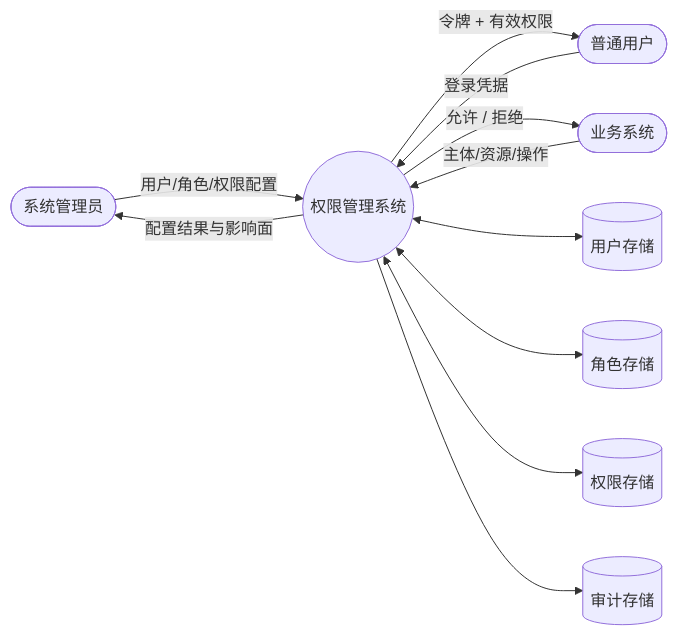
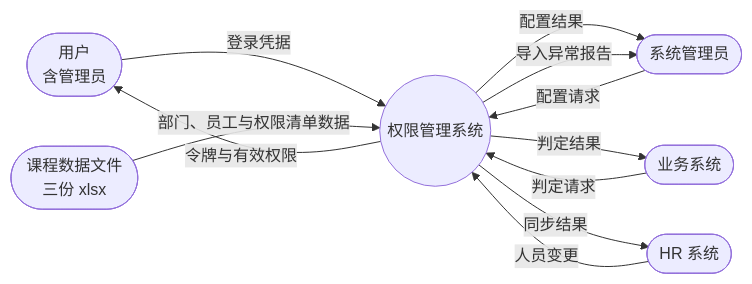
Before and after one commit to vintcessun/OOAD: the first of 3 diagrams in docs/06-detail-structured.md, drawn with Mermaid. The commit also changed other lines of this file and 11 other files, not shown here.

````diff
--- a/docs/06-detail-structured.md
+++ b/docs/06-detail-structured.md
@@ -54,25 +58,21 @@
 ```mermaid
 flowchart LR
+    USER([用户<br/>含管理员])
     ADMIN([系统管理员])
-    BIZSYS([业务系统])
-    USER([普通用户])
+    BIZ([业务系统])
+    HR([HR 系统])
+    XLSX([课程数据文件<br/>三份 xlsx])
 
     P0((权限管理系统))
 
-    D1[(用户存储)]
-    D2[(角色存储)]
-    D3[(权限存储)]
-    D4[(审计存储)]
-
-    ADMIN -->|用户/角色/权限配置| P0
-    P0 -->|配置结果与影响面| ADMIN
     USER -->|登录凭据| P0
-    P0 -->|令牌 + 有效权限| USER
-    BIZSYS -->|主体/资源/操作| P0
-    P0 -->|允许 / 拒绝| BIZSYS
-
-    P0 <--> D1
-    P0 <--> D2
-    P0 <--> D3
-    P0 --> D4
+    P0 -->|令牌与有效权限| USER
+    ADMIN -->|配置请求| P0
+    P0 -->|配置结果| ADMIN
+    P0 -->|导入异常报告| ADMIN
+    BIZ -->|判定请求| P0
+    P0 -->|判定结果| BIZ
+    HR -->|人员变更| P0
+    P0 -->|同步结果| HR
+    XLSX -->|部门、员工与权限清单数据| P0
 ```
````
